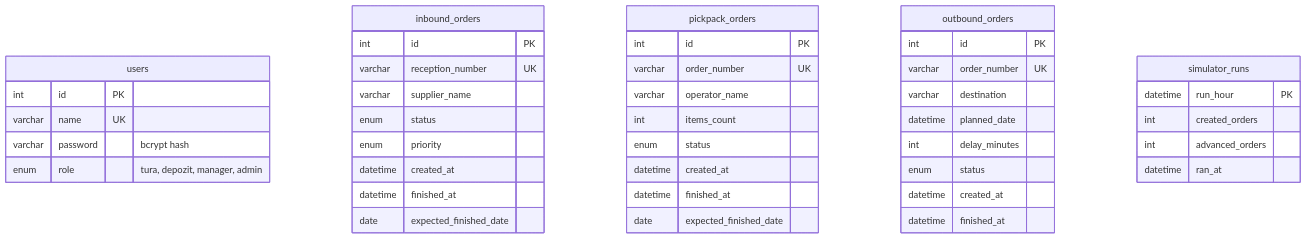
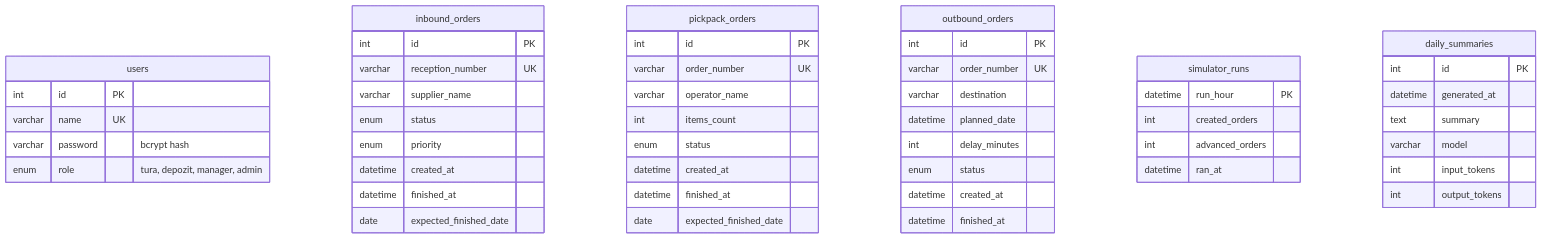
The diagram in README.md (BogdanDumitrascu04/flowlogix), drawn with Mermaid before and after one commit. The commit also changed other lines of this file and 9 other files, not shown here.

````diff
--- a/README.md
+++ b/README.md
@@ -52,45 +53,53 @@
 ```mermaid
 erDiagram
     users {
         int id PK
         varchar name UK
         varchar password "bcrypt hash"
         enum role "tura, depozit, manager, admin"
     }
     inbound_orders {
         int id PK
         varchar reception_number UK
         varchar supplier_name
         enum status
         enum priority
         datetime created_at
         datetime finished_at
         date expected_finished_date
     }
     pickpack_orders {
         int id PK
         varchar order_number UK
         varchar operator_name
         int items_count
         enum status
         datetime created_at
         datetime finished_at
         date expected_finished_date
     }
     outbound_orders {
         int id PK
         varchar order_number UK
         varchar destination
         datetime planned_date
         int delay_minutes
         enum status
         datetime created_at
         datetime finished_at
     }
     simulator_runs {
         datetime run_hour PK
         int created_orders
         int advanced_orders
         datetime ran_at
     }
+    daily_summaries {
+        int id PK
+        datetime generated_at
+        text summary
+        varchar model
+        int input_tokens
+        int output_tokens
+    }
 ```
````
